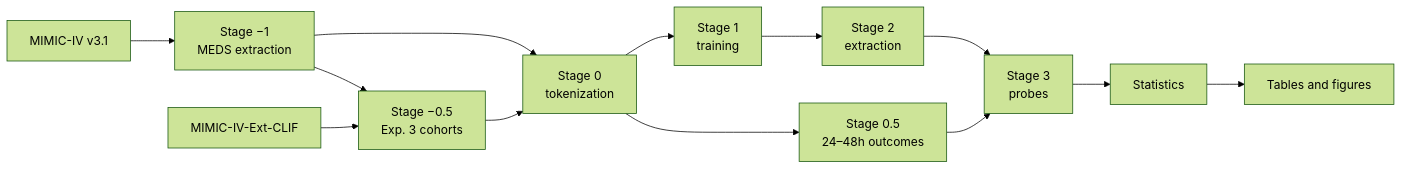
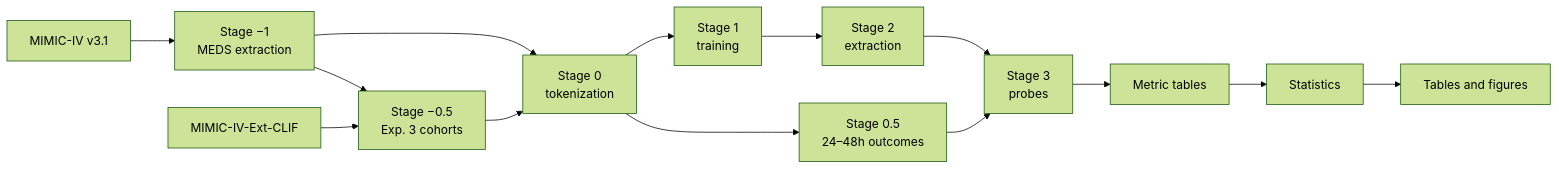
One commit to bbj-lab/input-representation-benchmark changed the diagram in PIPELINE.md. Above: the diagram before and after it, drawn with Mermaid (forest theme). The commit also changed other lines of this file and 22 other files, not shown here.

````diff
--- a/PIPELINE.md
+++ b/PIPELINE.md
@@ -5,15 +5,16 @@
 ```mermaid
 flowchart LR
     R[MIMIC-IV v3.1] --> M["Stage −1<br/>MEDS extraction"]
     C[MIMIC-IV-Ext-CLIF] --> X["Stage −0.5<br/>Exp. 3 cohorts"]
     M --> X
     M --> T["Stage 0<br/>tokenization"]
     X --> T
     T --> O["Stage 0.5<br/>24–48h outcomes"]
     T --> P["Stage 1<br/>training"]
     P --> E["Stage 2<br/>extraction"]
     E --> Q["Stage 3<br/>probes"]
     O --> Q
-    Q --> S["Statistics"]
+    Q --> MT["Metric tables"]
+    MT --> S["Statistics"]
     S --> F["Tables and figures"]
 ```
````
